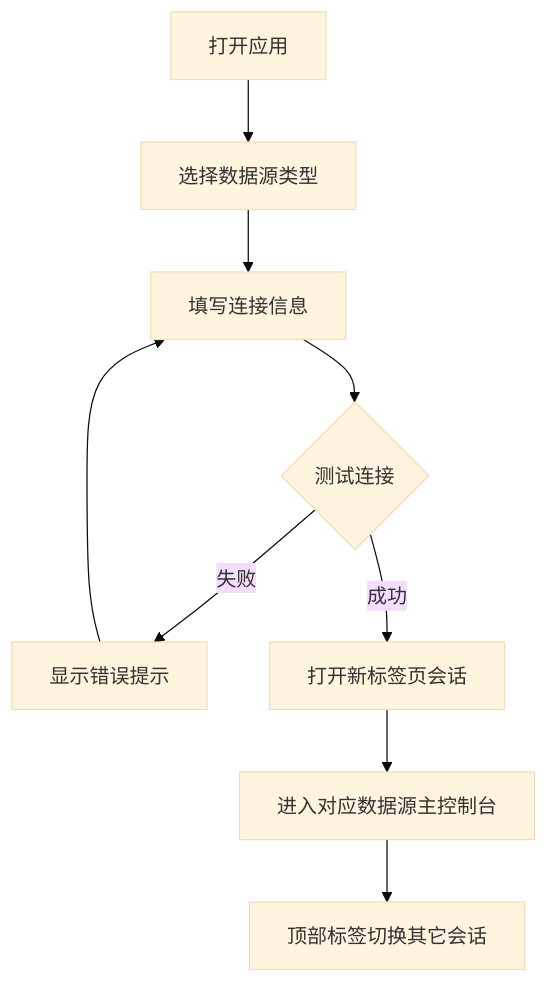
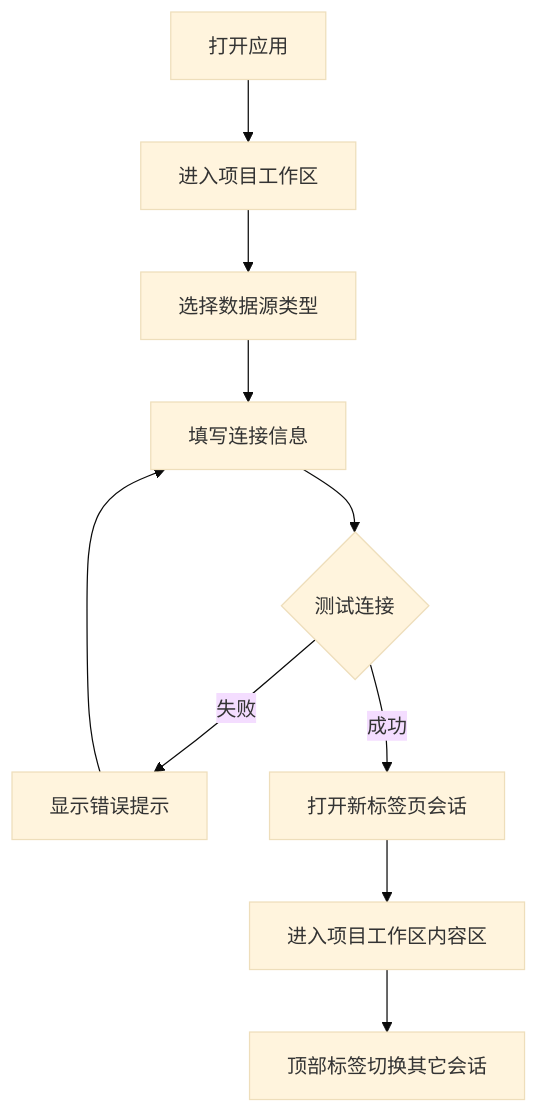
Before and after one commit to yanmengssss/weaviate-manager: the first of 4 diagrams in prd.md, drawn with Mermaid (base theme). The commit also changed other lines of this file and 13 other files, not shown here.

````diff
--- a/prd.md
+++ b/prd.md
@@ -83,11 +84,12 @@
 ```mermaid
 graph TD
-  Start[打开应用] --> ChooseType[选择数据源类型]
+  Start[打开应用] --> EnterProject[进入项目工作区]
+  EnterProject --> ChooseType[选择数据源类型]
   ChooseType --> FillConn[填写连接信息]
   FillConn --> Validate{测试连接}
   Validate --> |失败| ShowError[显示错误提示]
   ShowError --> FillConn
   Validate --> |成功| OpenTab[打开新标签页会话]
-  OpenTab --> Dashboard[进入对应数据源主控制台]
+  OpenTab --> Dashboard[进入项目工作区内容区]
   Dashboard --> SwitchTab[顶部标签切换其它会话]
 ```
````
